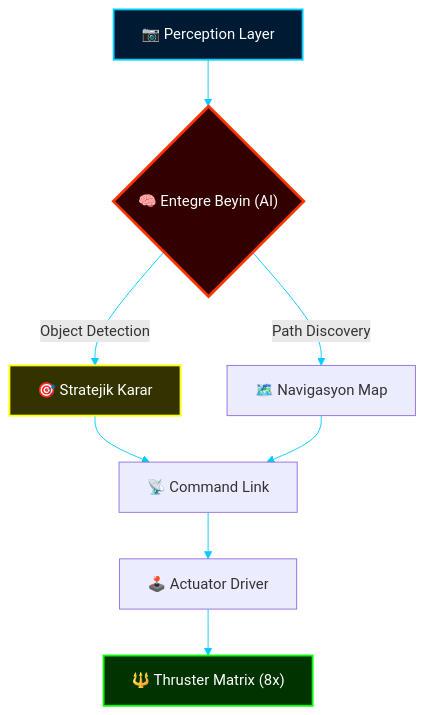
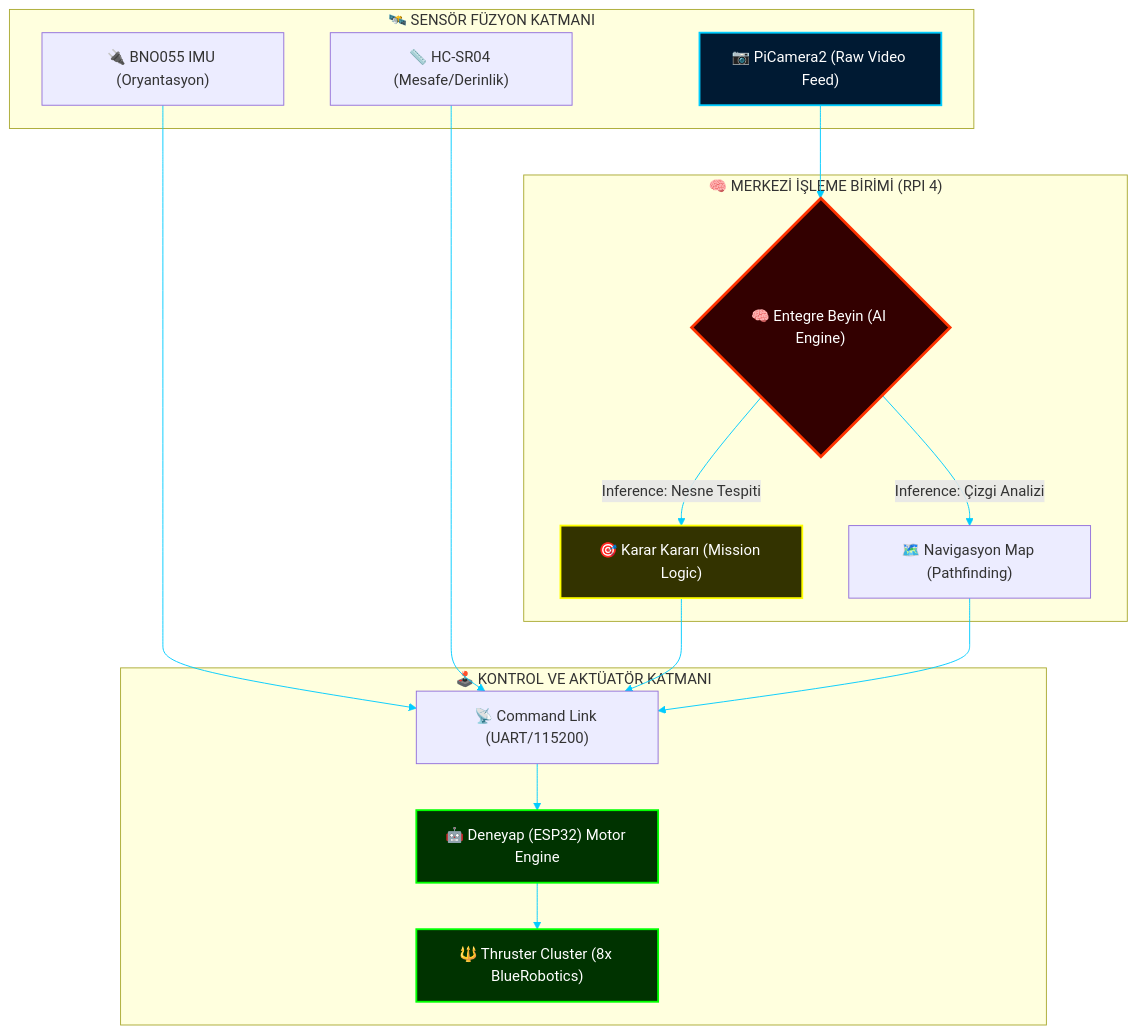
The diagram in README.md (bahattinyunus/Project-Neptune-Alpha), drawn with Mermaid before and after one commit. The commit also changed other lines of this file, not shown here.

Commit message:
EXTREME-README: Encyclopedic expansion of the Command Center. Added BOM, PID theory, AI deep-dive, Troubleshooting, and Mission-ready aesthetics.

````diff
--- a/README.md
+++ b/README.md
@@ -29,28 +35,41 @@
 ```mermaid
 graph TD
     %% Base Nodes
-    A["📷 Perception Layer"]
-    B{"🧠 Entegre Beyin (AI)"}
-    C["🎯 Stratejik Karar"]
-    D["🗺️ Navigasyon Map"]
-    E["📡 Command Link"]
-    F["🕹️ Actuator Driver"]
-    G["🔱 Thruster Matrix (8x)"]
+    subgraph "🛰️ SENSÖR FÜZYON KATMANI"
+        A["📷 PiCamera2 (Raw Video Feed)"]
+        H["🔌 BNO055 IMU (Oryantasyon)"]
+        S["📏 HC-SR04 (Mesafe/Derinlik)"]
+    end
+
+    subgraph "🧠 MERKEZİ İŞLEME BİRİMİ (RPI 4)"
+        B{"🧠 Entegre Beyin (AI Engine)"}
+        C["🎯 Karar Kararı (Mission Logic)"]
+        D["🗺️ Navigasyon Map (Pathfinding)"]
+    end
+
+    subgraph "🕹️ KONTROL VE AKTÜATÖR KATMANI"
+        E["📡 Command Link (UART/115200)"]
+        F["🤖 Deneyap (ESP32) Motor Engine"]
+        G["🔱 Thruster Cluster (8x BlueRobotics)"]
+    end
 
     %% Connections
     A --> B
-    B -- "Object Detection" --> C
-    B -- "Path Discovery" --> D
+    B -- "Inference: Nesne Tespiti" --> C
+    B -- "Inference: Çizgi Analizi" --> D
+    H --> E
+    S --> E
     C --> E
     D --> E
     E --> F
     F --> G
 
     %% Digital Styling
     style A fill:#001a33,stroke:#00ccff,stroke-width:2px,color:#fff
     style B fill:#330000,stroke:#ff3300,stroke-width:3px,color:#fff
     style G fill:#003300,stroke:#00ff00,stroke-width:2px,color:#fff
     style C fill:#333300,stroke:#ffff00,stroke-width:2px,color:#fff
+    style F fill:#003300,stroke:#00ff00,stroke-width:2px,color:#fff
     
-    linkStyle 0,1,2,3,4,5,6 stroke:#00ccff,stroke-width:1px;
+    linkStyle 0,1,2,3,4,5,6,7,8 stroke:#00ccff,stroke-width:1px;
 ```
````
